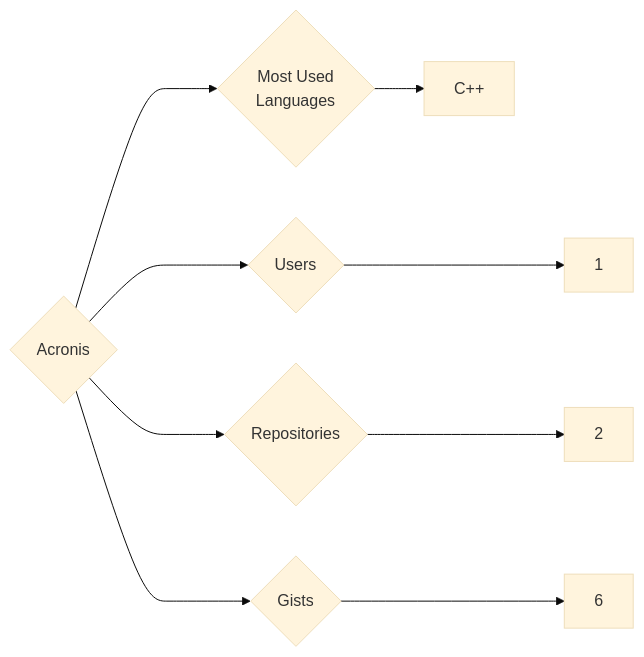
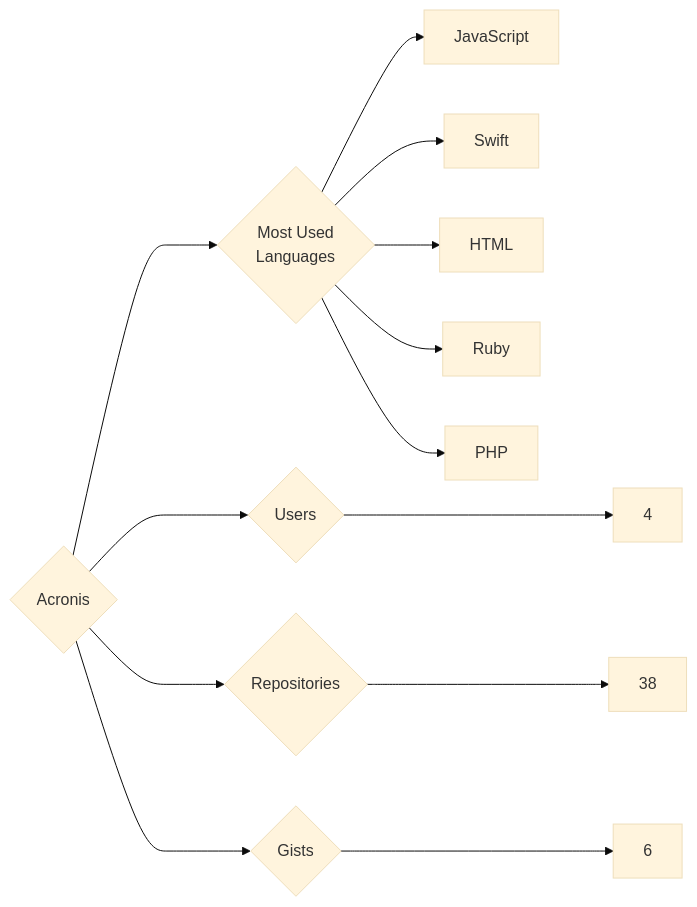
The diagram in targets/Acronis/README.md (trickest/insiders), drawn with Mermaid (base theme) before and after one commit. The commit also changed 873 other files, not shown here.

````diff
--- a/targets/Acronis/README.md
+++ b/targets/Acronis/README.md
@@ -3,9 +3,13 @@
 ```mermaid
 graph LR
 COMPANY_NAME{Acronis}
-COMPANY_NAME ---> U{Users} ---> UN[1]
-COMPANY_NAME ---> R{Repositories} ---> RN[2]
+COMPANY_NAME ---> U{Users} ---> UN[4]
+COMPANY_NAME ---> R{Repositories} ---> RN[38]
 COMPANY_NAME ---> G{Gists} ---> GN[6]
 COMPANY_NAME ---> ML{Most Used<br>Languages}
-ML --> C++[C++]
+ML --> JavaScript[JavaScript]
+ML --> Swift[Swift]
+ML --> HTML[HTML]
+ML --> Ruby[Ruby]
+ML --> PHP[PHP]
 ```
````
